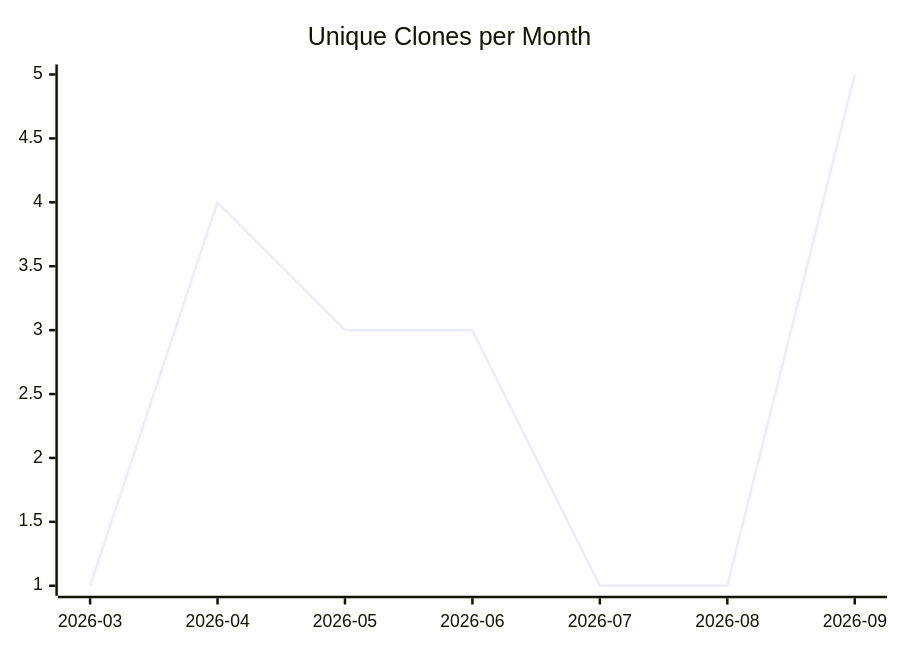
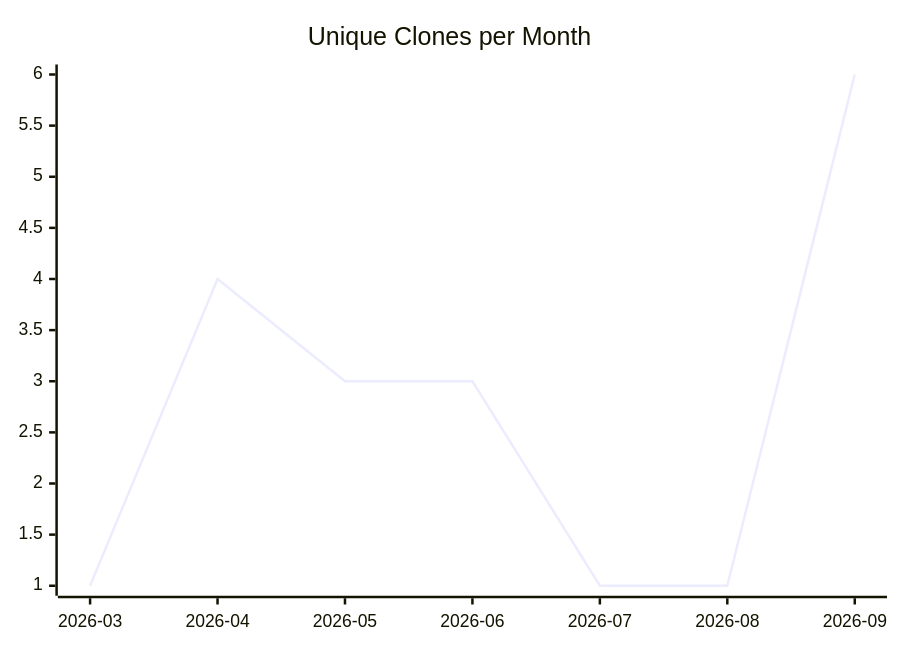
One commit to justdavis-family/github-analytics-data changed the third of 3 diagrams in karlmdavis/FHIR-Server/README.md. Above: the diagram before and after it, drawn with Mermaid. The commit also changed other lines of this file and 196 other files, not shown here.

````diff
--- a/karlmdavis/FHIR-Server/README.md
+++ b/karlmdavis/FHIR-Server/README.md
@@ -19,6 +19,6 @@
 ```mermaid
 xychart-beta
   title "Unique Clones per Month"
   x-axis ["2026-03", "2026-04", "2026-05", "2026-06", "2026-07", "2026-08", "2026-09"]
-  line [1, 4, 3, 3, 1, 1, 5]
+  line [1, 4, 3, 3, 1, 1, 6]
 ```
````
